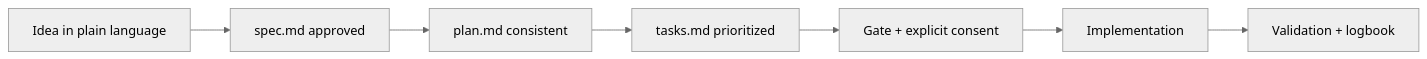
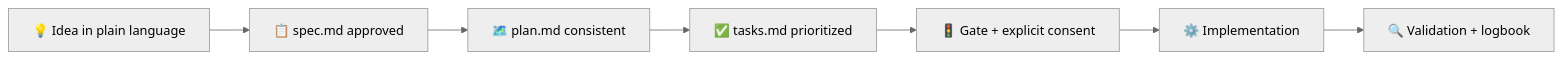
One commit to juanklagos/spec-driven-development-template changed the first of 2 diagrams in README.md. Above: the diagram before and after it, drawn with Mermaid (neutral theme). The commit also changed other lines of this file and 1 other file, not shown here.

````diff
--- a/README.md
+++ b/README.md
@@ -135,9 +137,9 @@
 ```mermaid
 flowchart LR
-  A["Idea in plain language"] --> B["spec.md approved"]
-  B --> C["plan.md consistent"]
-  C --> D["tasks.md prioritized"]
-  D --> E["Gate + explicit consent"]
-  E --> F["Implementation"]
-  F --> G["Validation + logbook"]
+  A["💡 Idea in plain language"] --> B["📋 spec.md approved"]
+  B --> C["🗺️ plan.md consistent"]
+  C --> D["✅ tasks.md prioritized"]
+  D --> E["🚦 Gate + explicit consent"]
+  E --> F["⚙️ Implementation"]
+  F --> G["🔍 Validation + logbook"]
 ```
````
